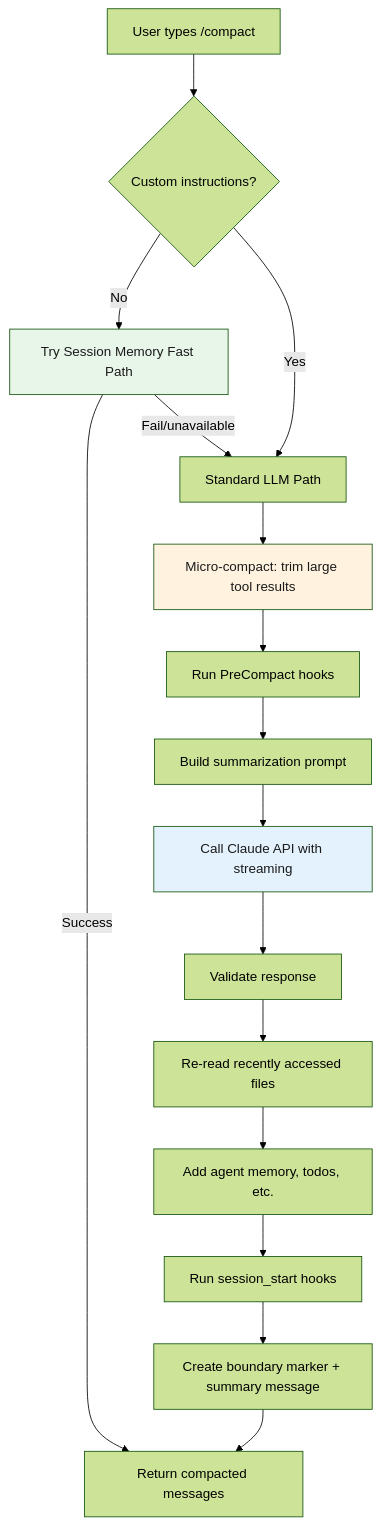
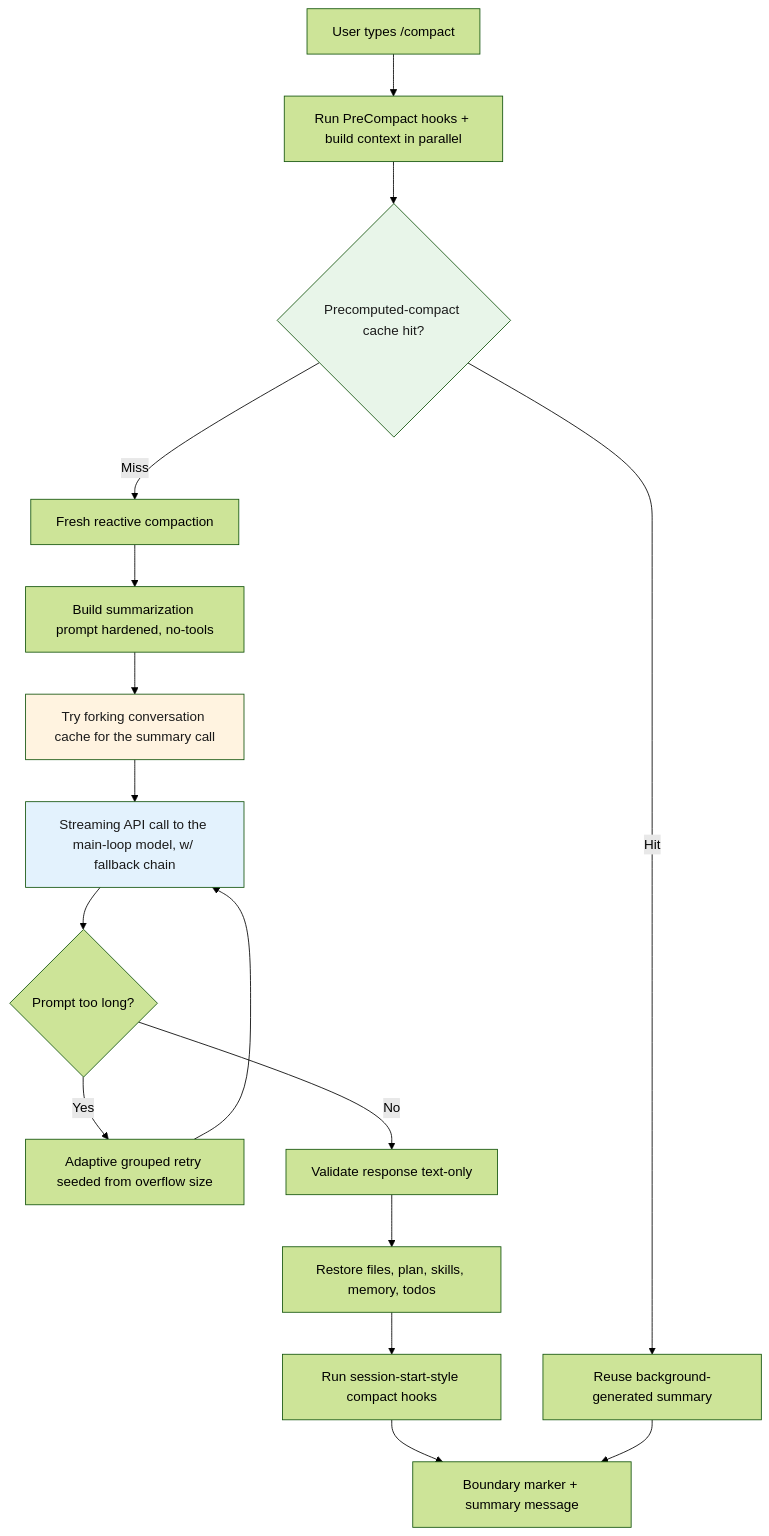
The diagram in deep-dives/compact/README.md (Prajwalsrinvas/claude-code-reverse-engineering), drawn with Mermaid (forest theme) before and after one commit. The commit also changed other lines of this file and 7 other files, not shown here.

````diff
--- a/deep-dives/compact/README.md
+++ b/deep-dives/compact/README.md
@@ -28,22 +31,22 @@
 ```mermaid
 flowchart TD
-    A[User types /compact] --> B{Custom instructions?}
-    B -->|No| C[Try Session Memory Fast Path]
-    C -->|Success| D[Return compacted messages]
-    C -->|Fail/unavailable| E[Standard LLM Path]
-    B -->|Yes| E
-    E --> F[Micro-compact: trim large tool results]
-    F --> G[Run PreCompact hooks]
-    G --> H[Build summarization prompt]
-    H --> I[Call Claude API with streaming]
-    I --> J[Validate response]
-    J --> K[Re-read recently accessed files]
-    K --> L[Add agent memory, todos, etc.]
-    L --> M[Run session_start hooks]
-    M --> N[Create boundary marker + summary message]
-    N --> D
+    A[User types /compact] --> B[Run PreCompact hooks + build context in parallel]
+    B --> C{Precomputed-compact cache hit?}
+    C -->|Hit| D[Reuse background-generated summary]
+    C -->|Miss| E[Fresh reactive compaction]
+    E --> F[Build summarization prompt hardened, no-tools]
+    F --> G[Try forking conversation cache for the summary call]
+    G --> H[Streaming API call to the main-loop model, w/ fallback chain]
+    H --> I{Prompt too long?}
+    I -->|Yes| J[Adaptive grouped retry seeded from overflow size]
+    J --> H
+    I -->|No| K[Validate response text-only]
+    K --> L[Restore files, plan, skills, memory, todos]
+    L --> M[Run session-start-style compact hooks]
+    M --> N[Boundary marker + summary message]
+    D --> N
 
     style C fill:#e8f5e9,color:#1a1a1a
-    style I fill:#e3f2fd,color:#1a1a1a
-    style F fill:#fff3e0,color:#1a1a1a
+    style G fill:#fff3e0,color:#1a1a1a
+    style H fill:#e3f2fd,color:#1a1a1a
 ```
````
